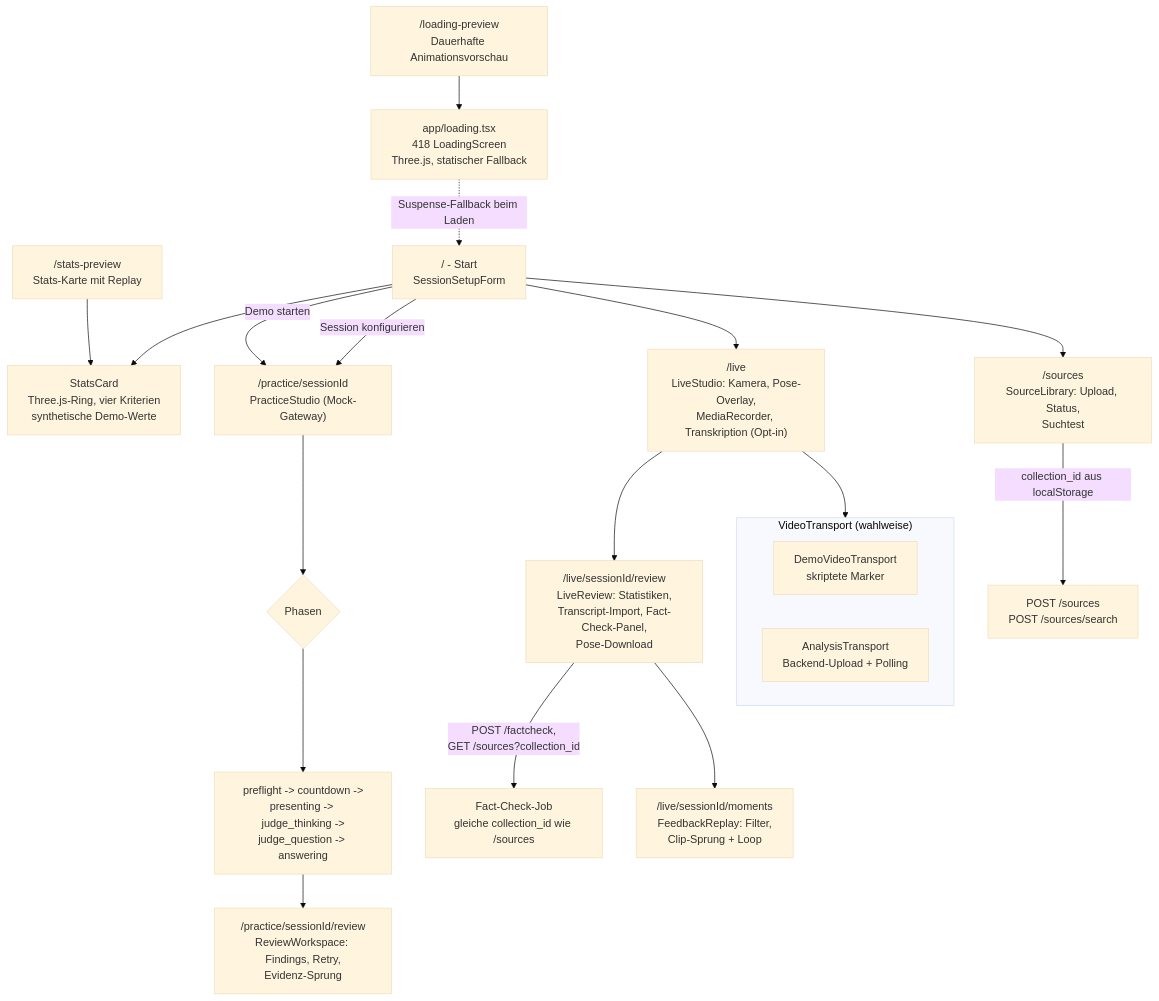
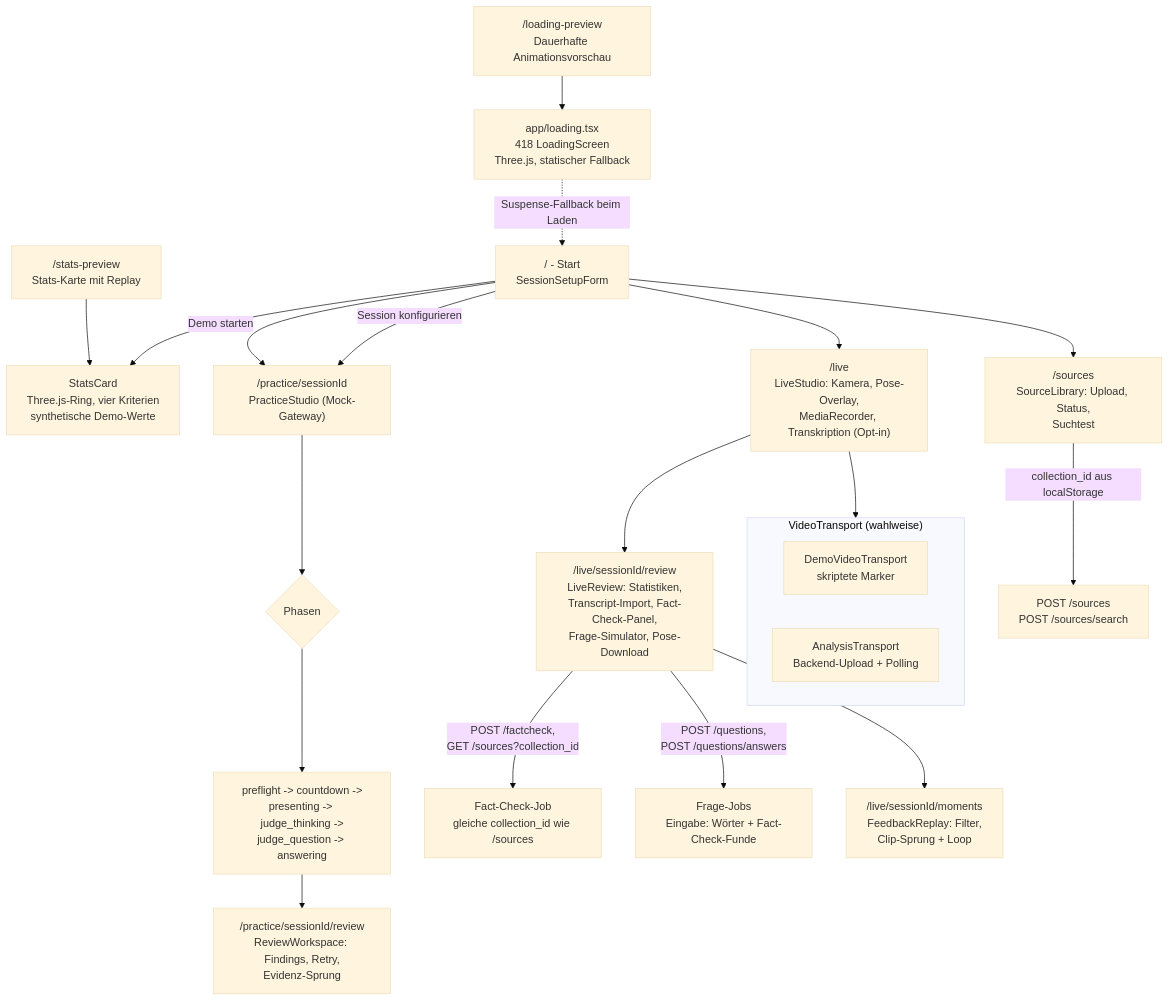
Before and after one commit to johannes3502/hackathon-fulda: the seventh of 11 diagrams in docs/03-architecture.md, drawn with Mermaid (base theme). The commit also changed other lines of this file and 23 other files, not shown here.

First line of the commit message:
Add question simulator with source-checked answers

````diff
--- a/docs/03-architecture.md
+++ b/docs/03-architecture.md
@@ -223,28 +265,29 @@
 ```mermaid
 flowchart TD
     LOADING["app/loading.tsx<br/>418 LoadingScreen<br/>Three.js, statischer Fallback"]
     LP["/loading-preview<br/>Dauerhafte Animationsvorschau"] --> LOADING
     SP["/stats-preview<br/>Stats-Karte mit Replay"] --> SC["StatsCard<br/>Three.js-Ring, vier Kriterien<br/>synthetische Demo-Werte"]
     HOME --> SC
     LOADING -. "Suspense-Fallback beim Laden" .-> HOME
     HOME["/ - Start<br/>SessionSetupForm"] -->|"Demo starten"| PRAC["/practice/sessionId<br/>PracticeStudio (Mock-Gateway)"]
     HOME -->|"Session konfigurieren"| PRAC
     HOME --> LIVE["/live<br/>LiveStudio: Kamera, Pose-Overlay,<br/>MediaRecorder, Transkription (Opt-in)"]
     HOME --> SRC["/sources<br/>SourceLibrary: Upload, Status,<br/>Suchtest"]
 
     PRAC --> STATE{"Phasen"}
     STATE --> P1["preflight -> countdown -><br/>presenting -> judge_thinking -><br/>judge_question -> answering"]
     P1 --> PREV["/practice/sessionId/review<br/>ReviewWorkspace: Findings, Retry,<br/>Evidenz-Sprung"]
 
-    LIVE --> LREV["/live/sessionId/review<br/>LiveReview: Statistiken,<br/>Transcript-Import, Fact-Check-Panel,<br/>Pose-Download"]
+    LIVE --> LREV["/live/sessionId/review<br/>LiveReview: Statistiken,<br/>Transcript-Import, Fact-Check-Panel,<br/>Frage-Simulator, Pose-Download"]
     LREV -->|"POST /factcheck,<br/>GET /sources?collection_id"| FCAPI["Fact-Check-Job<br/>gleiche collection_id wie /sources"]
+    LREV -->|"POST /questions,<br/>POST /questions/answers"| QAPI["Frage-Jobs<br/>Eingabe: Wörter + Fact-Check-Funde"]
     LREV --> MOM["/live/sessionId/moments<br/>FeedbackReplay: Filter,<br/>Clip-Sprung + Loop"]
 
     SRC -->|"collection_id aus localStorage"| UPLOAD["POST /sources<br/>POST /sources/search"]
 
     subgraph Transport["VideoTransport (wahlweise)"]
         DEMO["DemoVideoTransport<br/>skriptete Marker"]
         ANA["AnalysisTransport<br/>Backend-Upload + Polling"]
     end
     LIVE --> Transport
 ```
````
